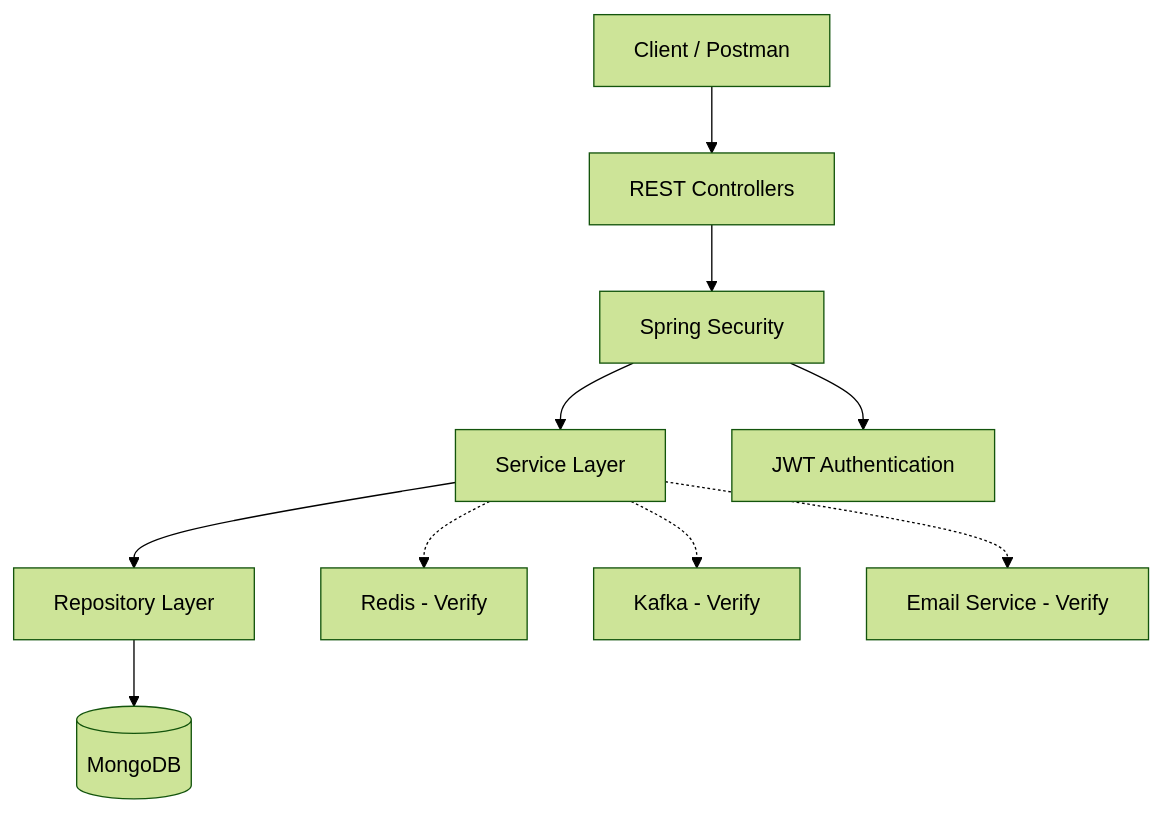
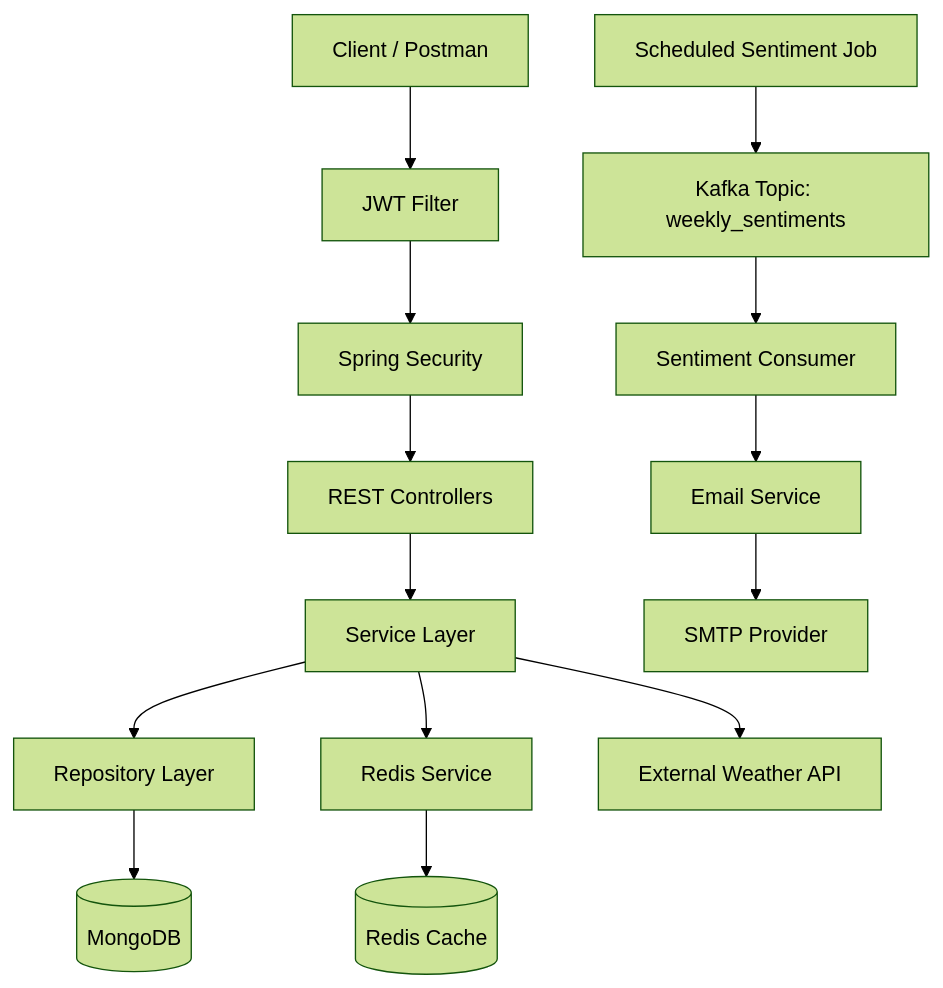
One commit to jayendrasingh22/Journal-App changed the diagram in README.md. Above: the diagram before and after it, drawn with Mermaid (forest theme). The commit also changed other lines of this file, not shown here.

````diff
--- a/README.md
+++ b/README.md
@@ -28,12 +52,16 @@
-```mermaid
+~~~mermaid
 flowchart TD
-    A[Client / Postman] --> B[REST Controllers]
+    A[Client / Postman] --> B[JWT Filter]
     B --> C[Spring Security]
-    C --> D[Service Layer]
-    D --> E[Repository Layer]
-    E --> F[(MongoDB)]
-    C --> G[JWT Authentication]
-    D -.-> H[Redis - Verify]
-    D -.-> I[Kafka - Verify]
-    D -.-> J[Email Service - Verify]
-```
+    C --> D[REST Controllers]
+    D --> E[Service Layer]
+    E --> F[Repository Layer]
+    F --> G[(MongoDB)]
+    E --> H[Redis Service]
+    H --> I[(Redis Cache)]
+    E --> J[External Weather API]
+    K[Scheduled Sentiment Job] --> L[Kafka Topic: weekly_sentiments]
+    L --> M[Sentiment Consumer]
+    M --> N[Email Service]
+    N --> O[SMTP Provider]
+~~~
````
